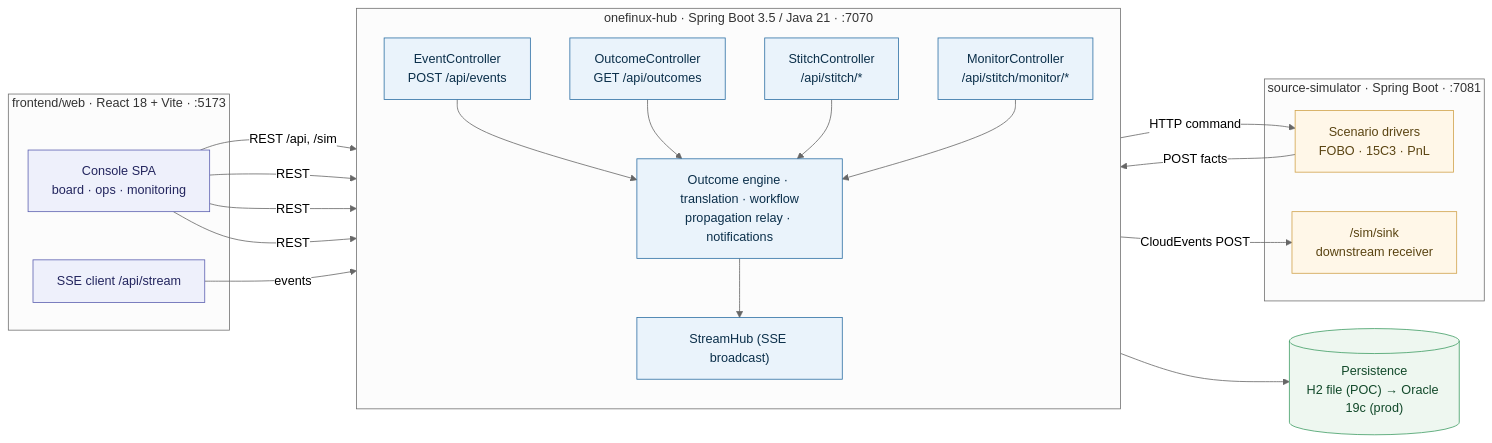
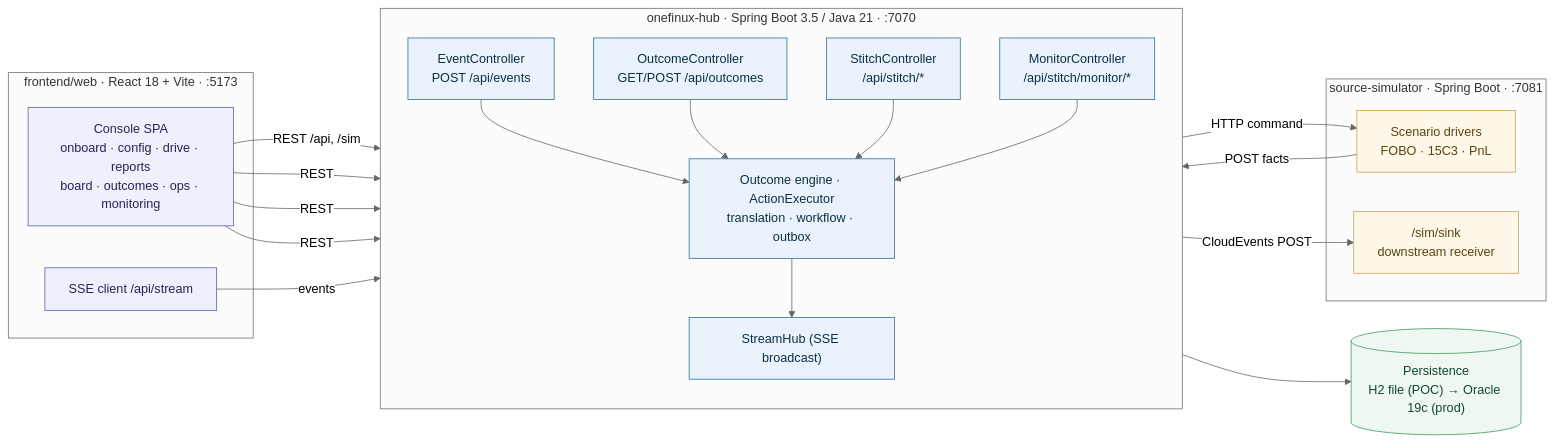
Before and after one commit to praveen2025work/onefinuxdemo: the diagram in docs/exec/diagrams/02-deployment-containers.mmd, drawn with Mermaid (neutral theme). The commit also changed 16 other files, not shown here.

First line of the commit message:
docs(exec): refresh architecture diagrams for the as-built product

```diff
--- a/docs/exec/diagrams/02-deployment-containers.mmd
+++ b/docs/exec/diagrams/02-deployment-containers.mmd
@@ -1,47 +1,47 @@
 flowchart LR
   classDef app fill:#eaf3fb,stroke:#2b6ea3,color:#0b2f4a;
   classDef web fill:#eef0fb,stroke:#5b5fb0,color:#23255e;
   classDef sim fill:#fff7e8,stroke:#d0a24a,color:#5a4412;
   classDef store fill:#eef7f0,stroke:#3f9d63,color:#12492a;
 
   subgraph WEB["frontend/web · React 18 + Vite · :5173"]
-    UI["Console SPA<br/>board · ops · monitoring"]
+    UI["Console SPA<br/>onboard · config · drive · reports<br/>board · outcomes · ops · monitoring"]
     SSE["SSE client /api/stream"]
   end
 
   subgraph HUB["onefinux-hub · Spring Boot 3.5 / Java 21 · :7070"]
     direction TB
     EAPI["EventController<br/>POST /api/events"]
-    OAPI["OutcomeController<br/>GET /api/outcomes"]
+    OAPI["OutcomeController<br/>GET/POST /api/outcomes"]
     SAPI["StitchController<br/>/api/stitch/*"]
     MAPI["MonitorController<br/>/api/stitch/monitor/*"]
-    CORE["Outcome engine · translation · workflow<br/>propagation relay · notifications"]
+    CORE["Outcome engine · ActionExecutor<br/>translation · workflow · outbox"]
     STR["StreamHub (SSE broadcast)"]
   end
 
   subgraph SIM["source-simulator · Spring Boot · :7081"]
     SCEN["Scenario drivers<br/>FOBO · 15C3 · PnL"]
     SINK["/sim/sink<br/>downstream receiver"]
   end
 
   DB[("Persistence<br/>H2 file (POC) → Oracle 19c (prod)")]
 
   UI -->|REST /api, /sim| EAPI
   UI -->|REST| OAPI
   UI -->|REST| SAPI
   UI -->|REST| MAPI
   SSE -->|events| STR
   SCEN -->|POST facts| EAPI
   CORE -->|HTTP command| SCEN
   CORE -->|CloudEvents POST| SINK
   EAPI --> CORE
   OAPI --> CORE
   SAPI --> CORE
   MAPI --> CORE
   CORE --> DB
   CORE --> STR
 
   class UI,SSE web
   class EAPI,OAPI,SAPI,MAPI,CORE,STR app
   class SCEN,SINK sim
   class DB store
```
